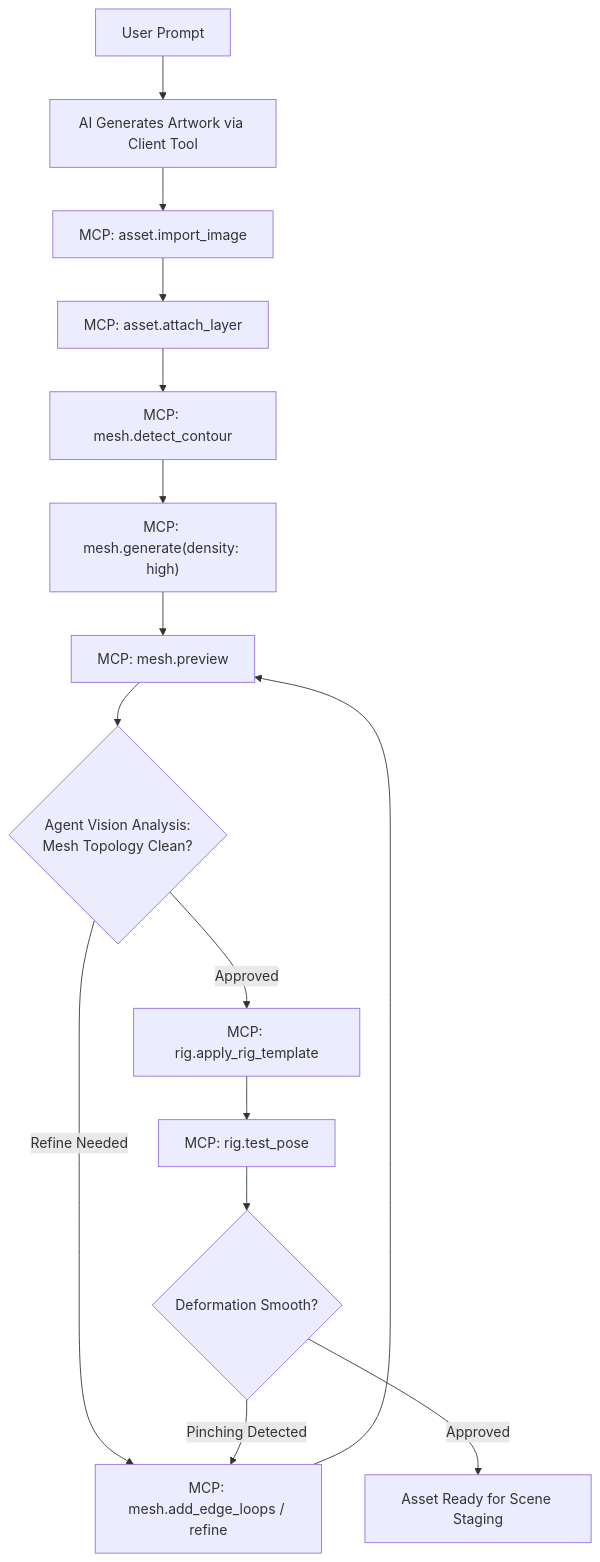
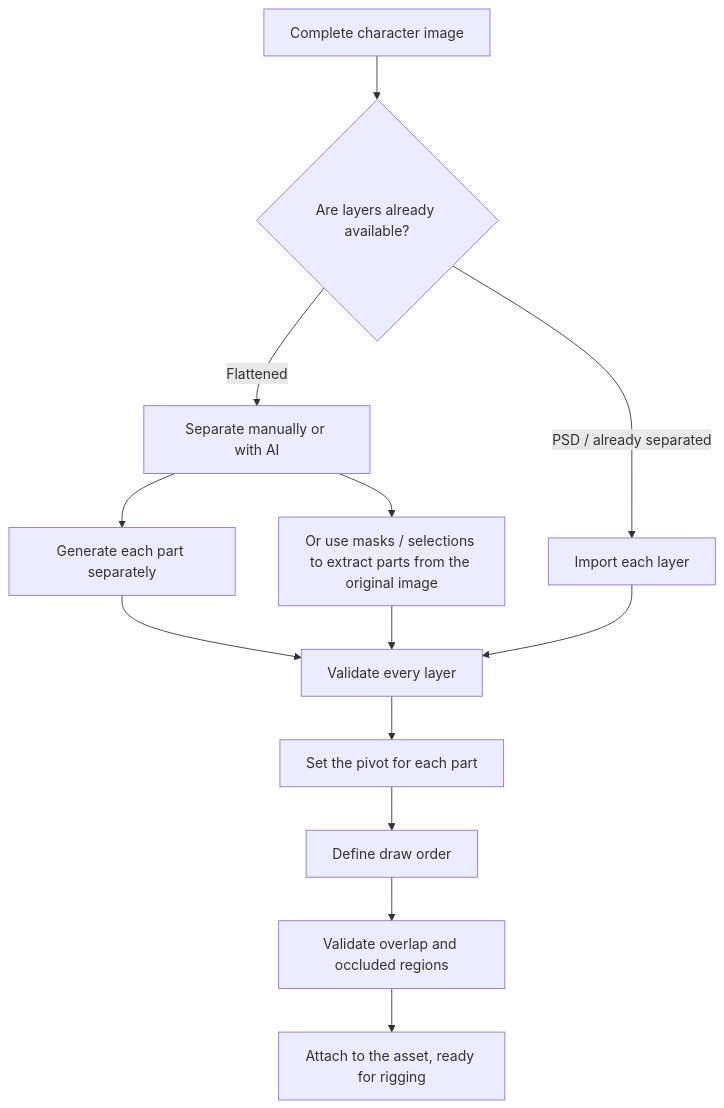
Before and after one commit to khuonghiiro/parallax-studio: the diagram in docs/IMAGE_WORKFLOW.md, drawn with Mermaid. The commit also changed other lines of this file and 48 other files, not shown here.

````diff
--- a/docs/IMAGE_WORKFLOW.md
+++ b/docs/IMAGE_WORKFLOW.md
@@ -177,17 +151,15 @@
 ```mermaid
 flowchart TD
-  P["User Prompt"] --> G["AI Generates Artwork via Client Tool"]
-  G --> I["MCP: asset.import_image"]
-  I --> L["MCP: asset.attach_layer"]
-  L --> C["MCP: mesh.detect_contour"]
-  C --> M["MCP: mesh.generate(density: high)"]
-  M --> V["MCP: mesh.preview"]
-  V --> A{"Agent Vision Analysis:<br/>Mesh Topology Clean?"}
-  A -->|Refine Needed| R["MCP: mesh.add_edge_loops / refine"]
-  R --> V
-  A -->|Approved| S["MCP: rig.apply_rig_template"]
-  S --> T["MCP: rig.test_pose"]
-  T --> D{"Deformation Smooth?"}
-  D -->|Pinching Detected| R
-  D -->|Approved| OK["Asset Ready for Scene Staging"]
+  A["Complete character image"] --> B{"Are layers already available?"}
+  B -->|PSD / already separated| C["Import each layer"]
+  B -->|Flattened| D["Separate manually or with AI"]
+  D --> D1["Generate each part separately"]
+  D --> D2["Or use masks / selections to extract parts from the original image"]
+  D1 --> E["Validate every layer"]
+  D2 --> E
+  C --> E
+  E --> F["Set the pivot for each part"]
+  F --> G["Define draw order"]
+  G --> H["Validate overlap and occluded regions"]
+  H --> I["Attach to the asset, ready for rigging"]
 ```
````
